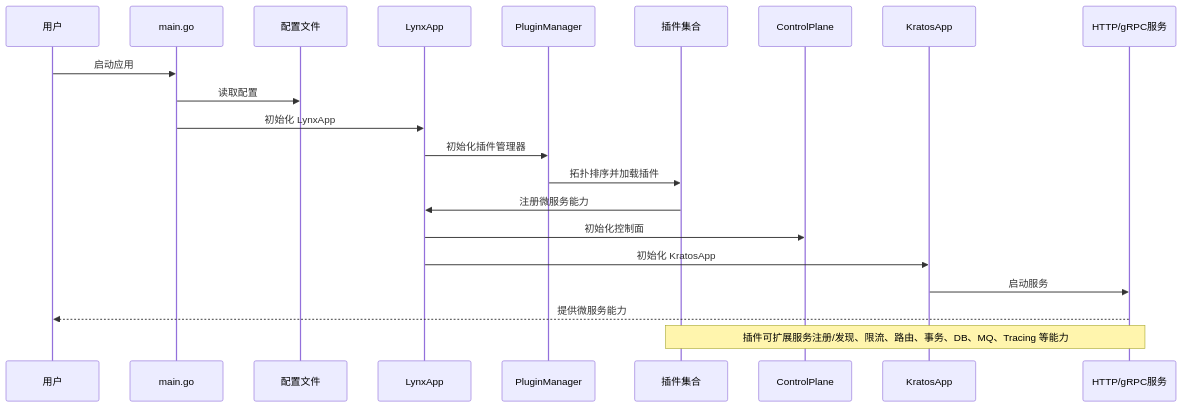
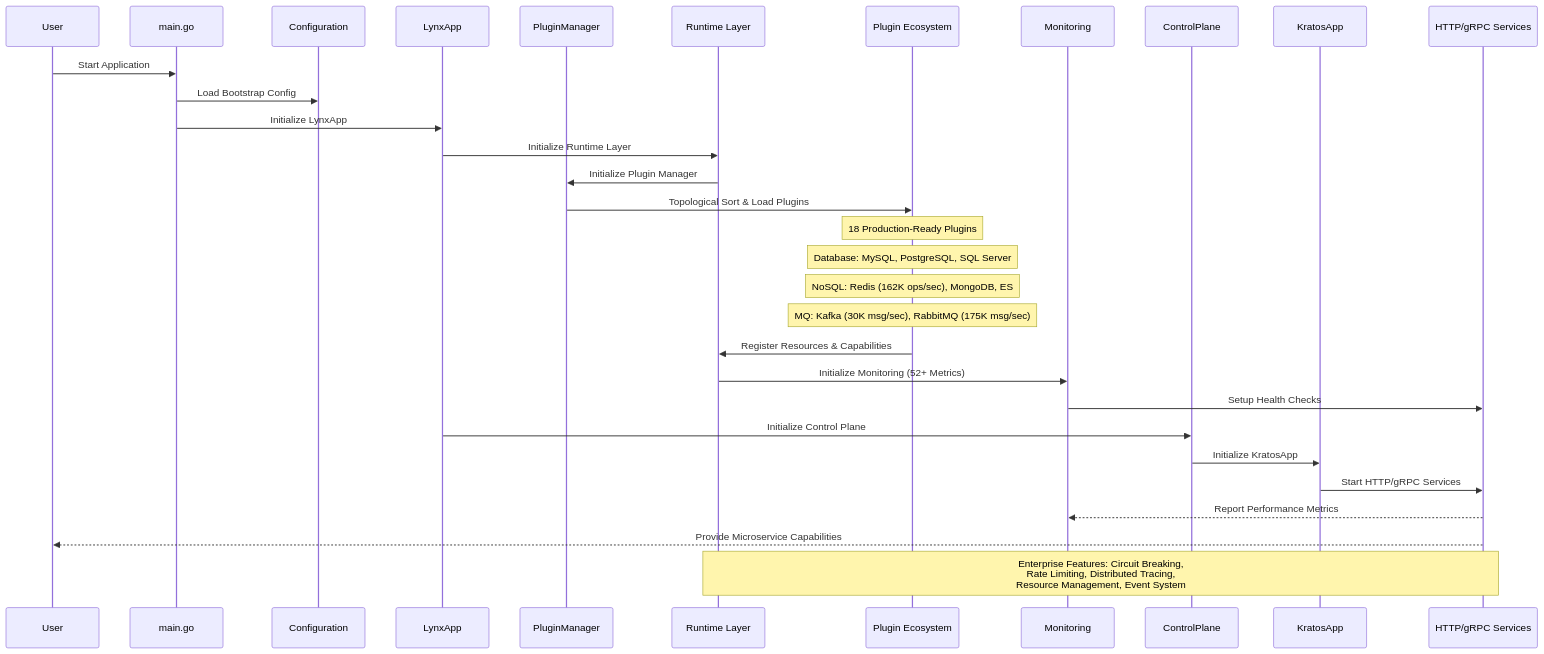
Before and after one commit to go-lynx/lynx.github.cn: the second of 2 diagrams in docs/intro/04-arch.md, drawn with Mermaid. The commit also changed other lines of this file and 10 other files, not shown here.

First line of the commit message:
docs(lynx.github.cn): update for v1.2.3 production release

````diff
--- a/docs/intro/04-arch.md
+++ b/docs/intro/04-arch.md
@@ -8,24 +72,39 @@
 ```mermaid
 sequenceDiagram
-  participant User as 用户
-  participant Main as main.go
-  participant Config as 配置文件
-  participant LynxApp as LynxApp
-  participant PluginMgr as PluginManager
-  participant Plugins as 插件集合
-  participant Control as ControlPlane
-  participant Kratos as KratosApp
-  participant Service as HTTP/gRPC服务
+    participant User as User
+    participant Main as main.go
+    participant Config as Configuration
+    participant LynxApp as LynxApp
+    participant PluginMgr as PluginManager
+    participant Runtime as Runtime Layer
+    participant Plugins as Plugin Ecosystem
+    participant Monitor as Monitoring
+    participant Control as ControlPlane
+    participant Kratos as KratosApp
+    participant Service as HTTP/gRPC Services
 
-  User->>Main: 启动应用
-  Main->>Config: 读取配置
-  Main->>LynxApp: 初始化 LynxApp
-  LynxApp->>PluginMgr: 初始化插件管理器
-  PluginMgr->>Plugins: 拓扑排序并加载插件
-  Plugins->>LynxApp: 注册微服务能力
-  LynxApp->>Control: 初始化控制面
-  LynxApp->>Kratos: 初始化 KratosApp
-  Kratos->>Service: 启动服务
-  Service-->>User: 提供微服务能力
-  Note over Plugins,Service: 插件可扩展服务注册/发现、限流、路由、事务、DB、MQ、Tracing 等能力
+    User->>Main: Start Application
+    Main->>Config: Load Bootstrap Config
+    Main->>LynxApp: Initialize LynxApp
+    LynxApp->>Runtime: Initialize Runtime Layer
+    Runtime->>PluginMgr: Initialize Plugin Manager
+    PluginMgr->>Plugins: Topological Sort & Load Plugins
+    
+    Note over Plugins: 18 Production-Ready Plugins
+    Note over Plugins: Database: MySQL, PostgreSQL, SQL Server
+    Note over Plugins: NoSQL: Redis (162K ops/sec), MongoDB, ES
+    Note over Plugins: MQ: Kafka (30K msg/sec), RabbitMQ (175K msg/sec)
+    
+    Plugins->>Runtime: Register Resources & Capabilities
+    Runtime->>Monitor: Initialize Monitoring (52+ Metrics)
+    Monitor->>Service: Setup Health Checks
+    
+    LynxApp->>Control: Initialize Control Plane
+    Control->>Kratos: Initialize KratosApp
+    Kratos->>Service: Start HTTP/gRPC Services
+    
+    Service-->>Monitor: Report Performance Metrics
+    Service-->>User: Provide Microservice Capabilities
+    
+    Note over Runtime,Service: Enterprise Features: Circuit Breaking,<br/>Rate Limiting, Distributed Tracing,<br/>Resource Management, Event System
 ```
````
